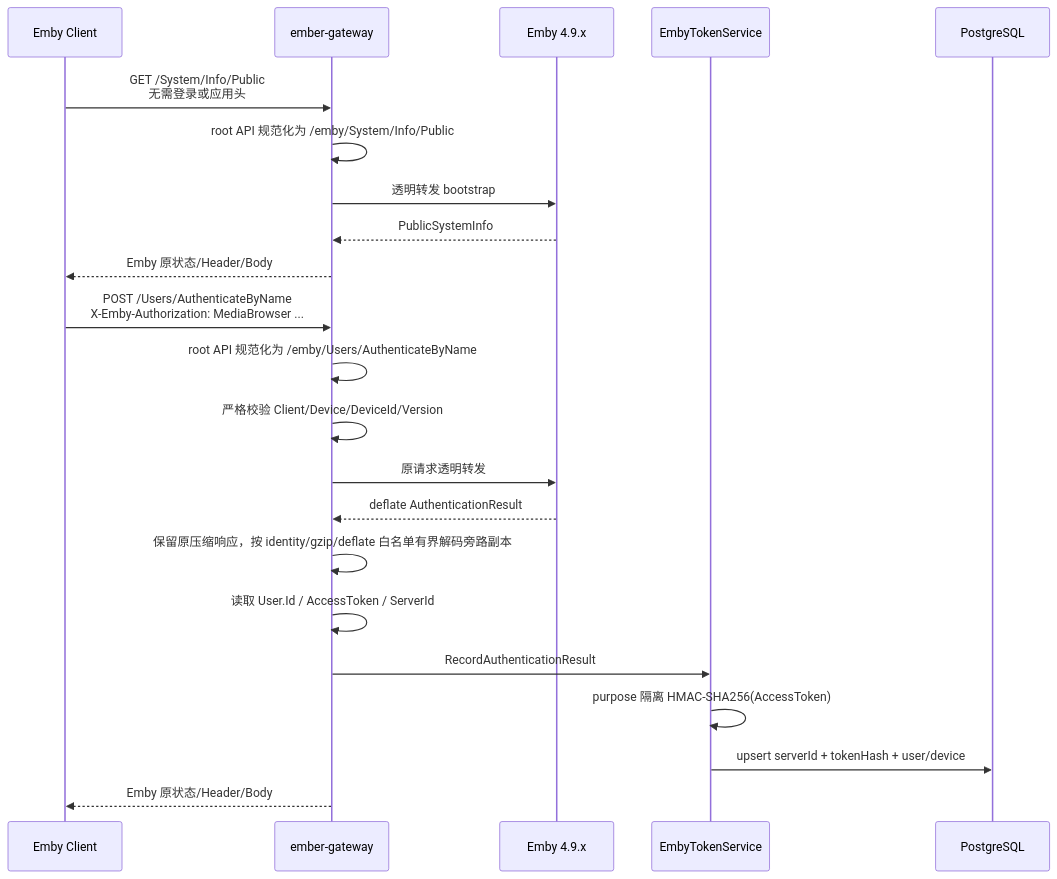
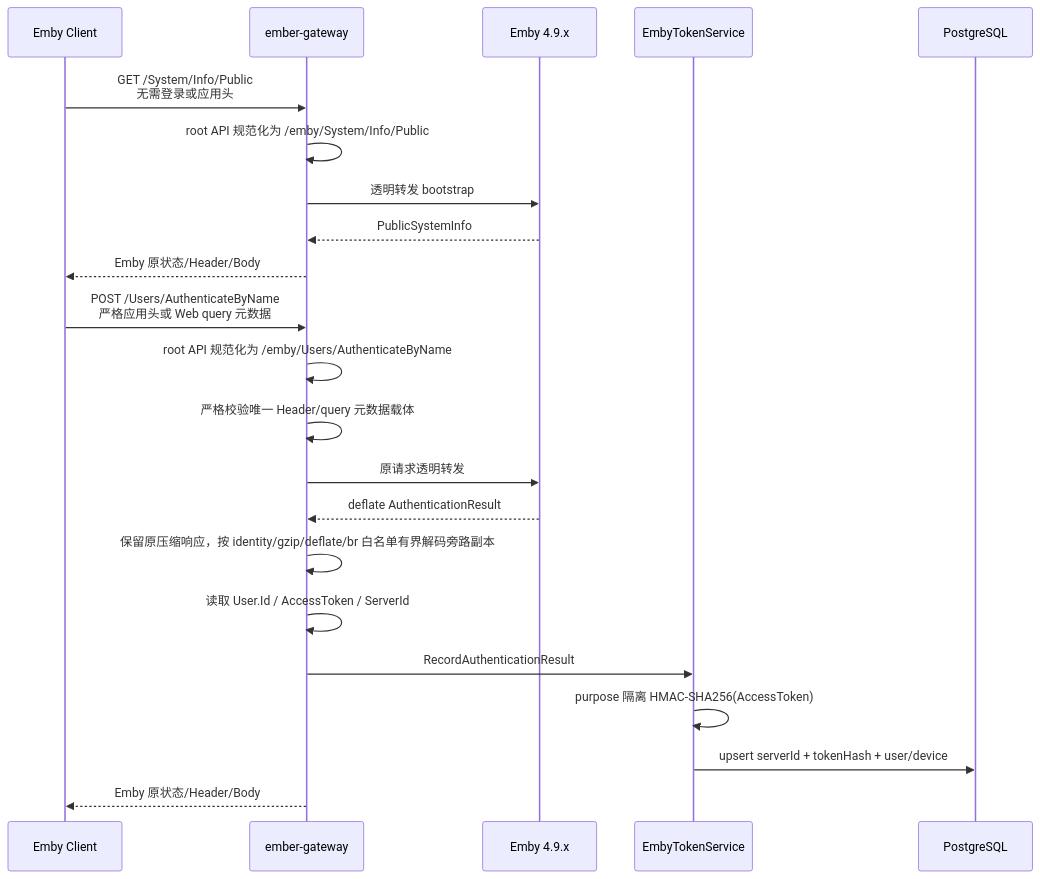
One commit to konghanghang/ember changed the fourth of 8 diagrams in docs/reference/p115-playback-end-to-end-flow.md. Above: the diagram before and after it, drawn with Mermaid. The commit also changed other lines of this file and 13 other files, not shown here.

First line of the commit message:
fix(gateway): 修复 Emby Web 登录与图片代理

````diff
--- a/docs/reference/p115-playback-end-to-end-flow.md
+++ b/docs/reference/p115-playback-end-to-end-flow.md
@@ -153,25 +153,25 @@
 ```mermaid
 sequenceDiagram
     participant Client as Emby Client
     participant Gateway as ember-gateway
     participant Emby as Emby 4.9.x
     participant Token as EmbyTokenService
     participant DB as PostgreSQL
 
     Client->>Gateway: GET /System/Info/Public<br/>无需登录或应用头
     Gateway->>Gateway: root API 规范化为 /emby/System/Info/Public
     Gateway->>Emby: 透明转发 bootstrap
     Emby-->>Gateway: PublicSystemInfo
     Gateway-->>Client: Emby 原状态/Header/Body
-    Client->>Gateway: POST /Users/AuthenticateByName<br/>X-Emby-Authorization: MediaBrowser ...
+    Client->>Gateway: POST /Users/AuthenticateByName<br/>严格应用头或 Web query 元数据
     Gateway->>Gateway: root API 规范化为 /emby/Users/AuthenticateByName
-    Gateway->>Gateway: 严格校验 Client/Device/DeviceId/Version
+    Gateway->>Gateway: 严格校验唯一 Header/query 元数据载体
     Gateway->>Emby: 原请求透明转发
     Emby-->>Gateway: deflate AuthenticationResult
-    Gateway->>Gateway: 保留原压缩响应，按 identity/gzip/deflate 白名单有界解码旁路副本
+    Gateway->>Gateway: 保留原压缩响应，按 identity/gzip/deflate/br 白名单有界解码旁路副本
     Gateway->>Gateway: 读取 User.Id / AccessToken / ServerId
     Gateway->>Token: RecordAuthenticationResult
     Token->>Token: purpose 隔离 HMAC-SHA256(AccessToken)
     Token->>DB: upsert serverId + tokenHash + user/device
     Gateway-->>Client: Emby 原状态/Header/Body
 ```
````
